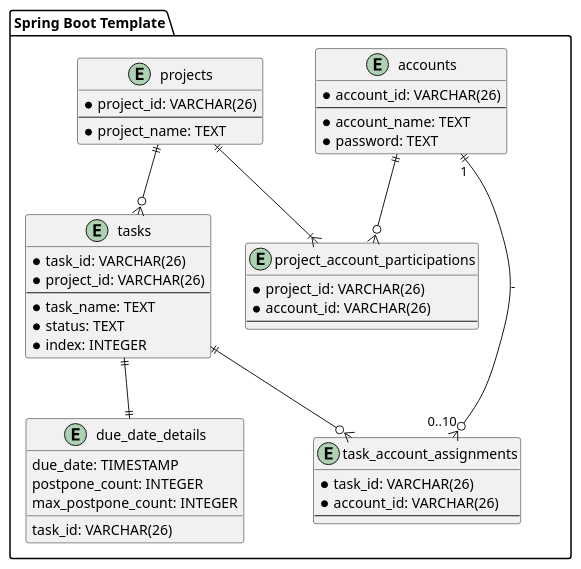
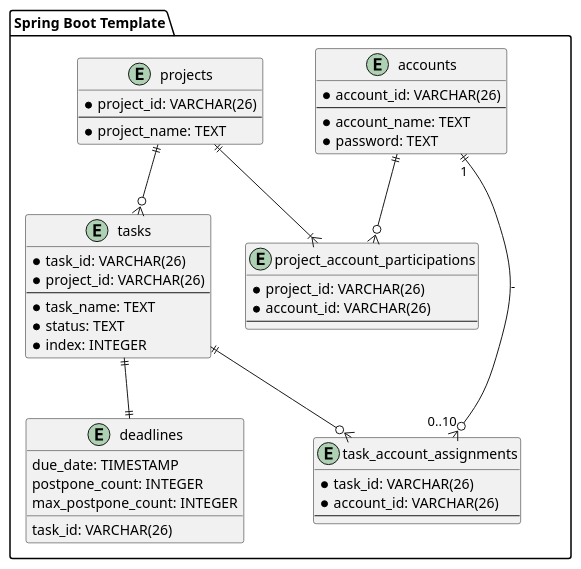
The diagram in uml/entity-relationship.puml (ORIKAMIxNEP/playground), drawn with PlantUML before and after one commit. The commit also changed 27 other files, not shown here.

```diff
--- a/uml/entity-relationship.puml
+++ b/uml/entity-relationship.puml
@@ -1,54 +1,54 @@
 @startuml
 package "Spring Boot Template" {
   entity accounts {
     * account_id: VARCHAR(26)
     --
     * account_name: TEXT
     * password: TEXT
   }
 
   entity projects {
     * project_id: VARCHAR(26)
     --
     * project_name: TEXT
   }
 
   entity project_account_participations {
     * project_id: VARCHAR(26)
     * account_id: VARCHAR(26)
     --
   }
 
   accounts ||--o{ project_account_participations
   projects ||--|{ project_account_participations
 
   entity tasks {
     * task_id: VARCHAR(26)
     * project_id: VARCHAR(26)
     --
     * task_name: TEXT
     * status: TEXT
     * index: INTEGER
   }
 
   projects ||--o{ tasks
 
   entity task_account_assignments {
     * task_id: VARCHAR(26)
     * account_id: VARCHAR(26)
     --
   }
 
   accounts ||--o{ task_account_assignments: "1" - "0..10"
   tasks ||--o{ task_account_assignments
 
-  entity due_date_details {
+  entity deadlines {
     task_id: VARCHAR(26)
     due_date: TIMESTAMP
     postpone_count: INTEGER
     max_postpone_count: INTEGER
   }
 
-  tasks ||--|| due_date_details
+  tasks ||--|| deadlines
 }
 @enduml
```
